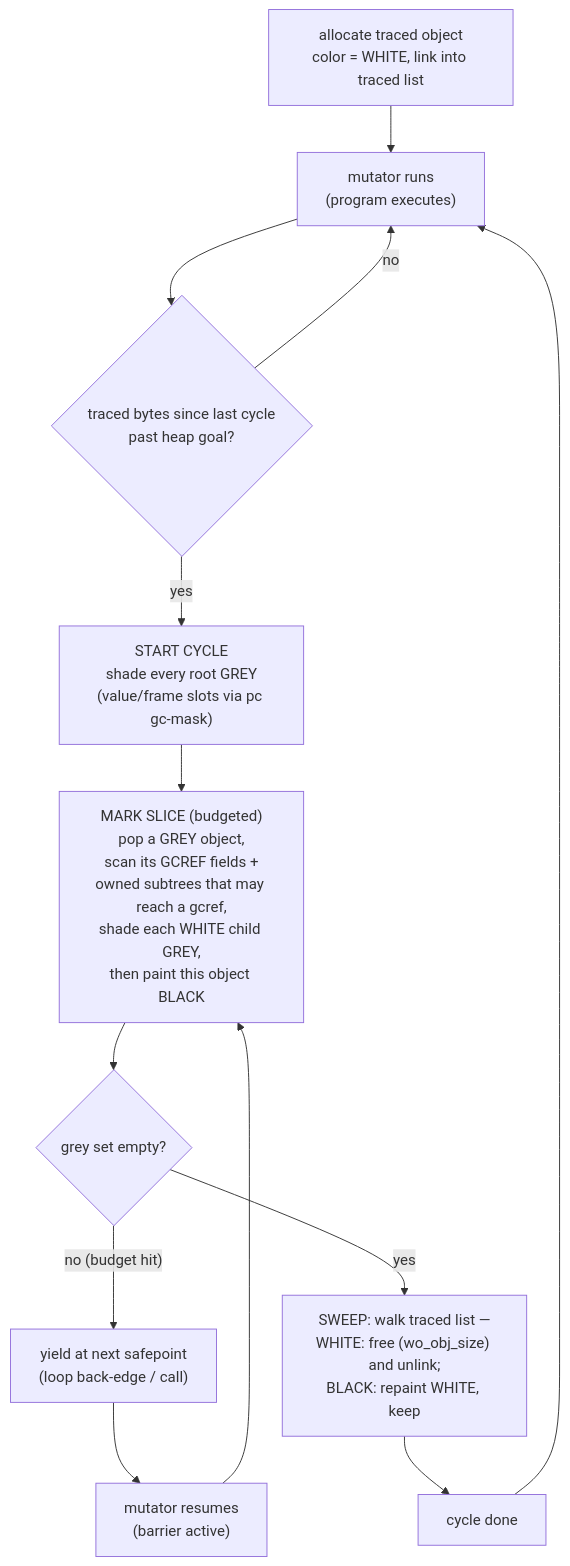
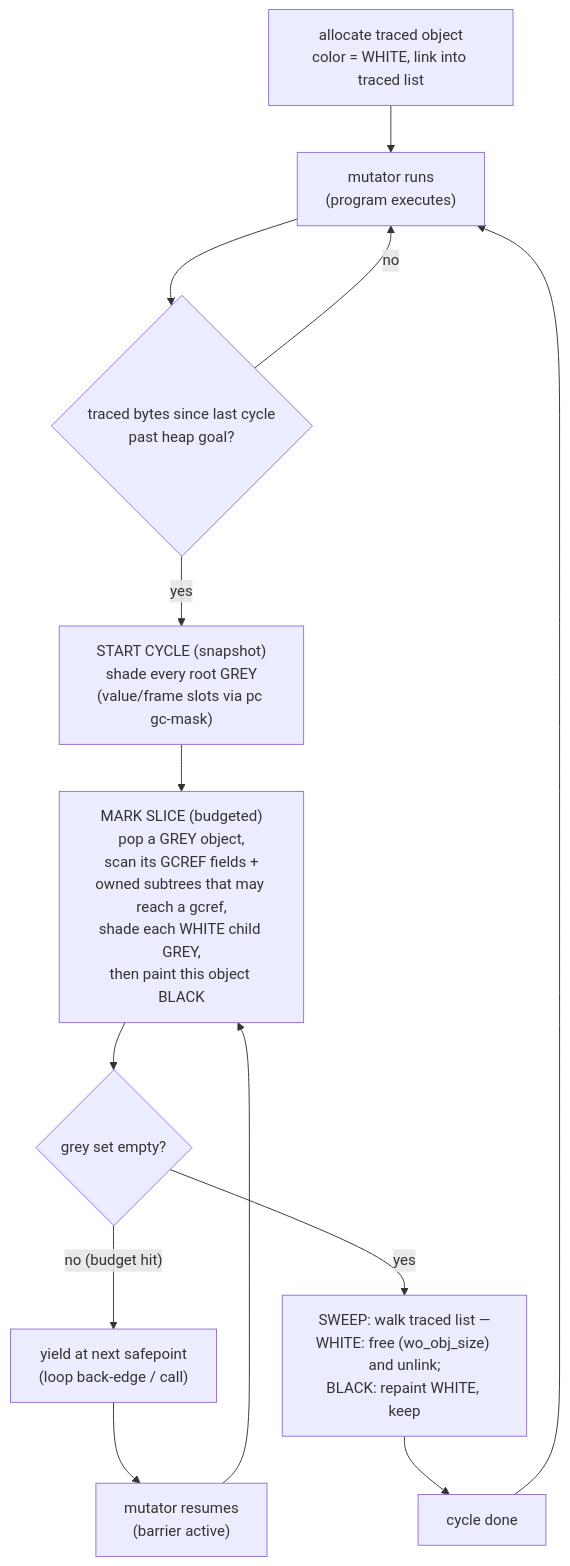
One commit to shoneyJ/writeonce changed the second of 3 diagrams in docs/examples/gc-cycle/README.md. Above: the diagram before and after it, drawn with Mermaid. The commit also changed other lines of this file and 7 other files, not shown here.

````diff
--- a/docs/examples/gc-cycle/README.md
+++ b/docs/examples/gc-cycle/README.md
@@ -116,14 +116,14 @@
 ```mermaid
 flowchart TD
   ALLOC["allocate traced object<br/>color = WHITE, link into traced list"] --> LIVE
   LIVE["mutator runs<br/>(program executes)"] --> TRIG{"traced bytes since last cycle<br/>past heap goal?"}
   TRIG -- no --> LIVE
-  TRIG -- yes --> ROOTS["START CYCLE<br/>shade every root GREY<br/>(value/frame slots via pc gc-mask)"]
+  TRIG -- yes --> ROOTS["START CYCLE (snapshot)<br/>shade every root GREY<br/>(value/frame slots via pc gc-mask)"]
   ROOTS --> SLICE
   SLICE["MARK SLICE (budgeted)<br/>pop a GREY object,<br/>scan its GCREF fields +<br/>owned subtrees that may reach a gcref,<br/>shade each WHITE child GREY,<br/>then paint this object BLACK"] --> GREY{"grey set empty?"}
   GREY -- "no (budget hit)" --> SAFE["yield at next safepoint<br/>(loop back-edge / call)"]
   SAFE --> LIVE2["mutator resumes<br/>(barrier active)"]
   LIVE2 --> SLICE
   GREY -- yes --> SWEEP["SWEEP: walk traced list —<br/>WHITE: free (wo_obj_size) and unlink;<br/>BLACK: repaint WHITE, keep"]
   SWEEP --> DONE["cycle done"] --> LIVE
 ```
````
